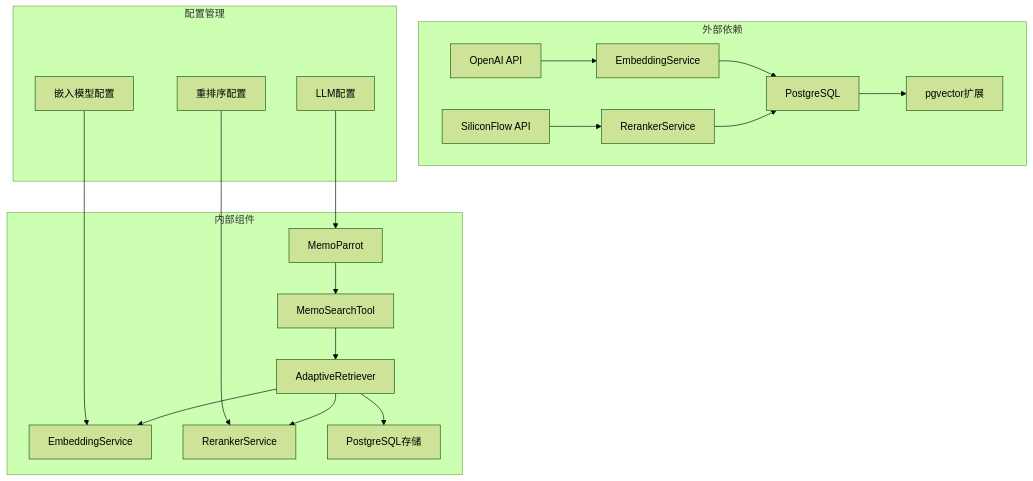
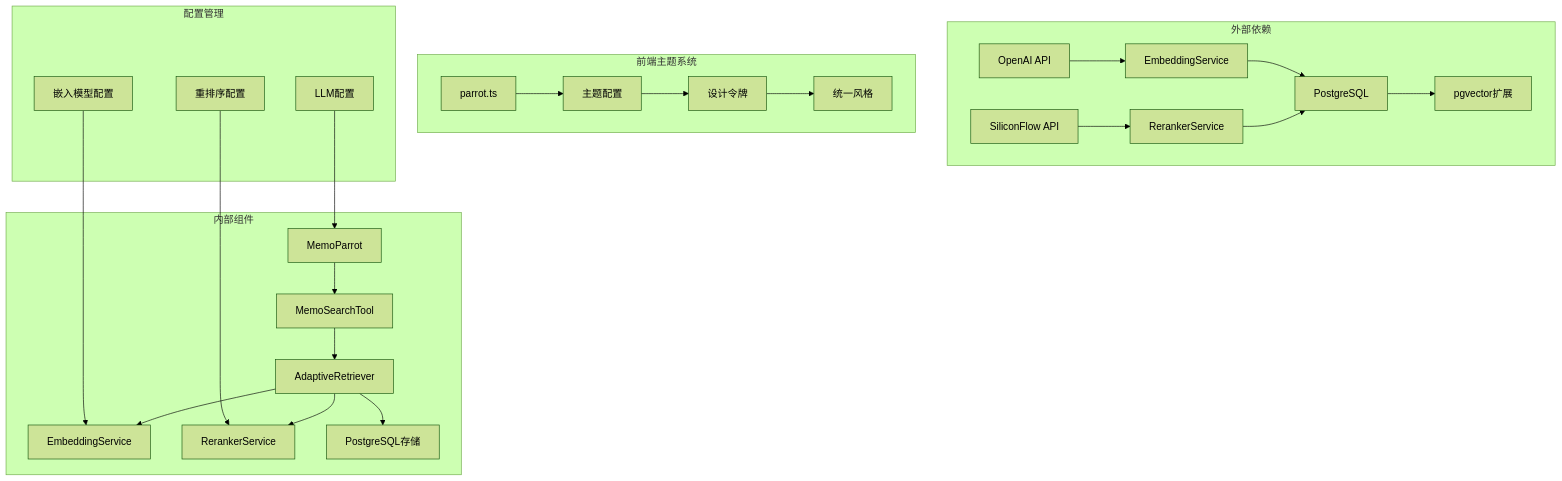
One commit to hrygo/memos changed the sixth of 6 diagrams in .qoder/repowiki/zh/content/AI 增强系统/Parrot 多代理 AI 系统/Memo Parrot 笔记查询代理.md. Above: the diagram before and after it, drawn with Mermaid (forest theme). The commit also changed other lines of this file and 29 other files, not shown here.

````diff
--- a/.qoder/repowiki/zh/content/AI 增强系统/Parrot 多代理 AI 系统/Memo Parrot 笔记查询代理.md
+++ b/.qoder/repowiki/zh/content/AI 增强系统/Parrot 多代理 AI 系统/Memo Parrot 笔记查询代理.md
@@ -300,22 +370,27 @@
 ```mermaid
 graph TB
 subgraph "外部依赖"
 A[OpenAI API] --> B[EmbeddingService]
 C[SiliconFlow API] --> D[RerankerService]
 E[PostgreSQL] --> F[pgvector扩展]
 end
 subgraph "内部组件"
 G[MemoParrot] --> H[MemoSearchTool]
 H --> I[AdaptiveRetriever]
 I --> J[EmbeddingService]
 I --> K[RerankerService]
 I --> L[PostgreSQL存储]
 end
+subgraph "前端主题系统"
+M[parrot.ts] --> N[主题配置]
+N --> O[设计令牌]
+O --> P[统一风格]
+end
 subgraph "配置管理"
-M[LLM配置] --> G
-N[嵌入模型配置] --> J
-O[重排序配置] --> K
+Q[LLM配置] --> G
+R[嵌入模型配置] --> J
+S[重排序配置] --> K
 end
 B --> E
 D --> E
 ```
````
